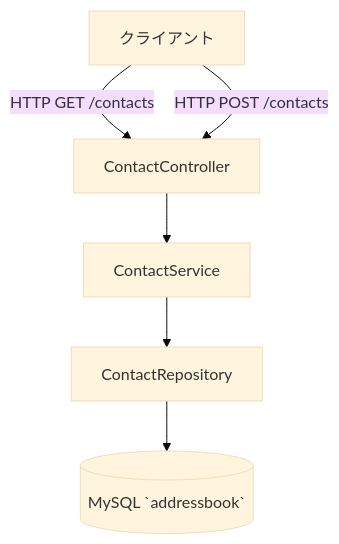
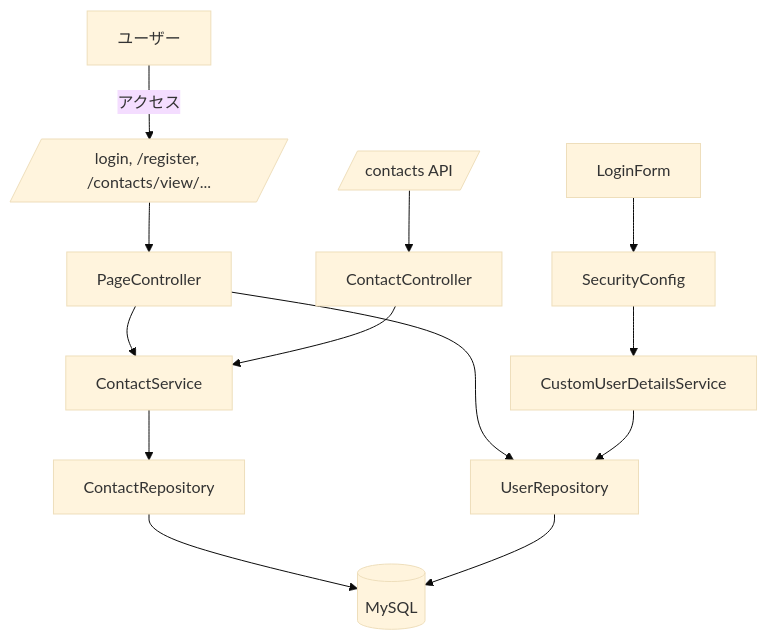
One commit to alcion-demo/springboot_address changed the first of 2 diagrams in README.md. Above: the diagram before and after it, drawn with Mermaid (base theme). The commit also changed other lines of this file and 20 other files, not shown here.

````diff
--- a/README.md
+++ b/README.md
@@ -108,9 +144,15 @@
 ```mermaid
 graph TD
-  Client[クライアント] -->|HTTP GET /contacts| Controller[ContactController]
-  Client -->|HTTP POST /contacts| Controller
-  Controller --> Service[ContactService]
-  Service --> Repo[ContactRepository]
-  Repo --> DB[(MySQL `addressbook`)]
-
+  User[ユーザー] -->|アクセス| WebUI[/login, /register, /contacts/view/.../]
+  WebUI --> PageController[PageController]
+  PageController --> ContactService[ContactService]
+  PageController --> UserRepository[UserRepository]
+  ContactService --> ContactRepository[ContactRepository]
+  ContactRepository --> Database[(MySQL)]
+  UserRepository --> Database
+  LoginForm --> SecurityConfig[SecurityConfig]
+  SecurityConfig --> CustomUserDetailsService[CustomUserDetailsService]
+  CustomUserDetailsService --> UserRepository
+  RESTAPI[/contacts API/] --> ContactController[ContactController]
+  ContactController --> ContactService
 ```
````
